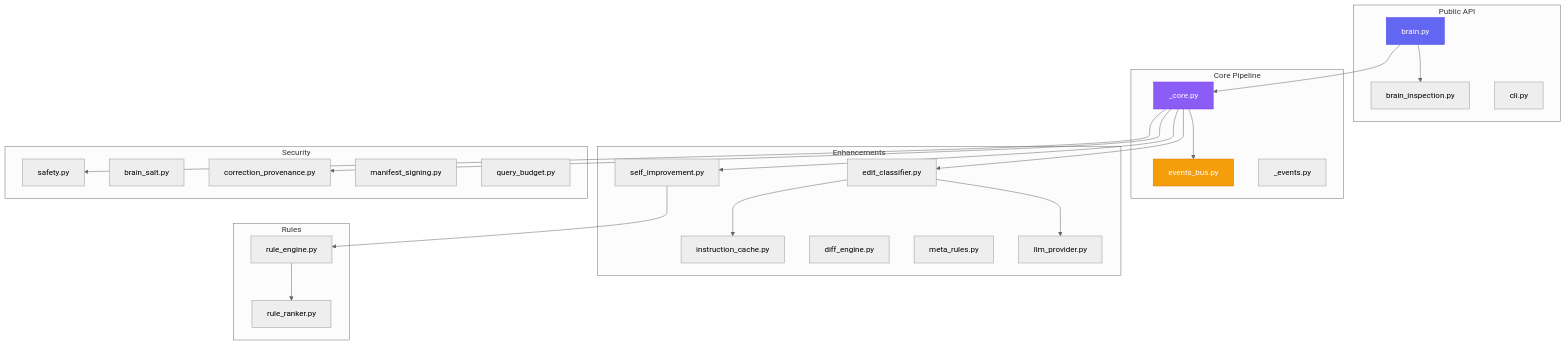
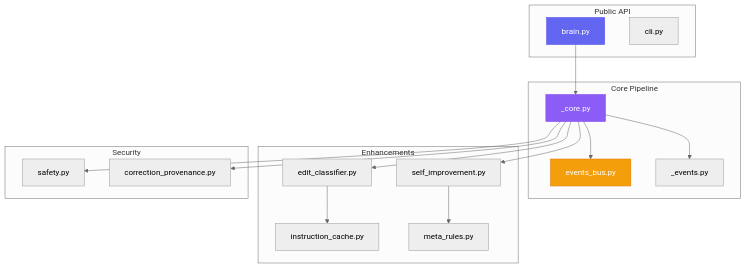
One commit to Gradata/gradata changed the third of 3 diagrams in README.md. Above: the diagram before and after it, drawn with Mermaid (neutral theme). The commit also changed other lines of this file and 1 other file, not shown here.

````diff
--- a/README.md
+++ b/README.md
@@ -304,52 +241,37 @@
 ```mermaid
 graph TB
     subgraph Public API
         Brain["brain.py"]
-        Mixin["brain_inspection.py"]
         CLI["cli.py"]
     end
 
     subgraph Core Pipeline
         Core["_core.py"]
-        Events["events_bus.py"]
+        EventBus["events_bus.py"]
         EventLog["_events.py"]
     end
 
     subgraph Enhancements
         Classifier["edit_classifier.py"]
         Cache["instruction_cache.py"]
         Graduation["self_improvement.py"]
-        Diff["diff_engine.py"]
         Meta["meta_rules.py"]
-        Provider["llm_provider.py"]
-    end
-
-    subgraph Rules
-        Engine["rule_engine.py"]
-        Ranker["rule_ranker.py"]
     end
 
     subgraph Security
         PII["safety.py"]
-        Salt["brain_salt.py"]
-        Provenance["correction_provenance.py"]
-        Signing["manifest_signing.py"]
-        Budget["query_budget.py"]
+        Prov["correction_provenance.py"]
     end
 
     Brain --> Core
-    Brain --> Mixin
-    Core --> Classifier
-    Core --> Graduation
-    Classifier --> Cache
-    Classifier --> Provider
-    Core --> Events
-    Graduation --> Engine
-    Engine --> Ranker
+    Core --> Classifier --> Cache
+    Core --> Graduation --> Meta
+    Core --> EventBus
+    Core --> EventLog
     Core --> PII
-    Core --> Provenance
+    Core --> Prov
 
     style Brain fill:#6366f1,stroke:#4f46e5,color:#fff
     style Core fill:#8b5cf6,stroke:#7c3aed,color:#fff
-    style Events fill:#f59e0b,stroke:#d97706,color:#fff
+    style EventBus fill:#f59e0b,stroke:#d97706,color:#fff
 ```
````
